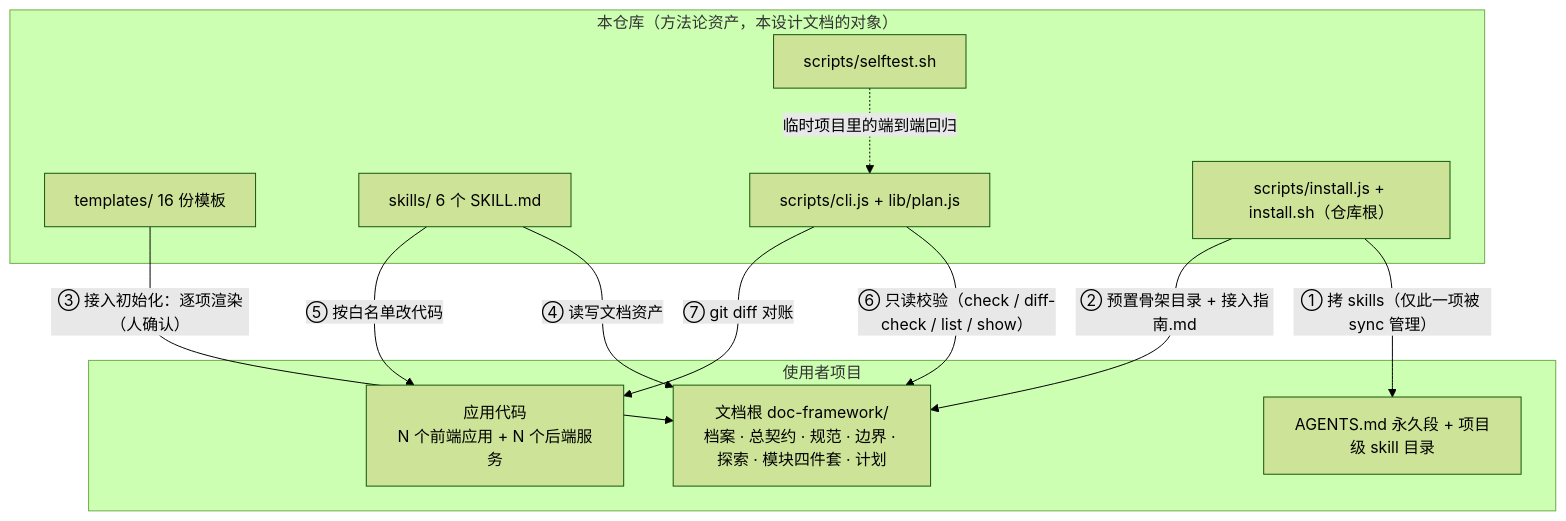
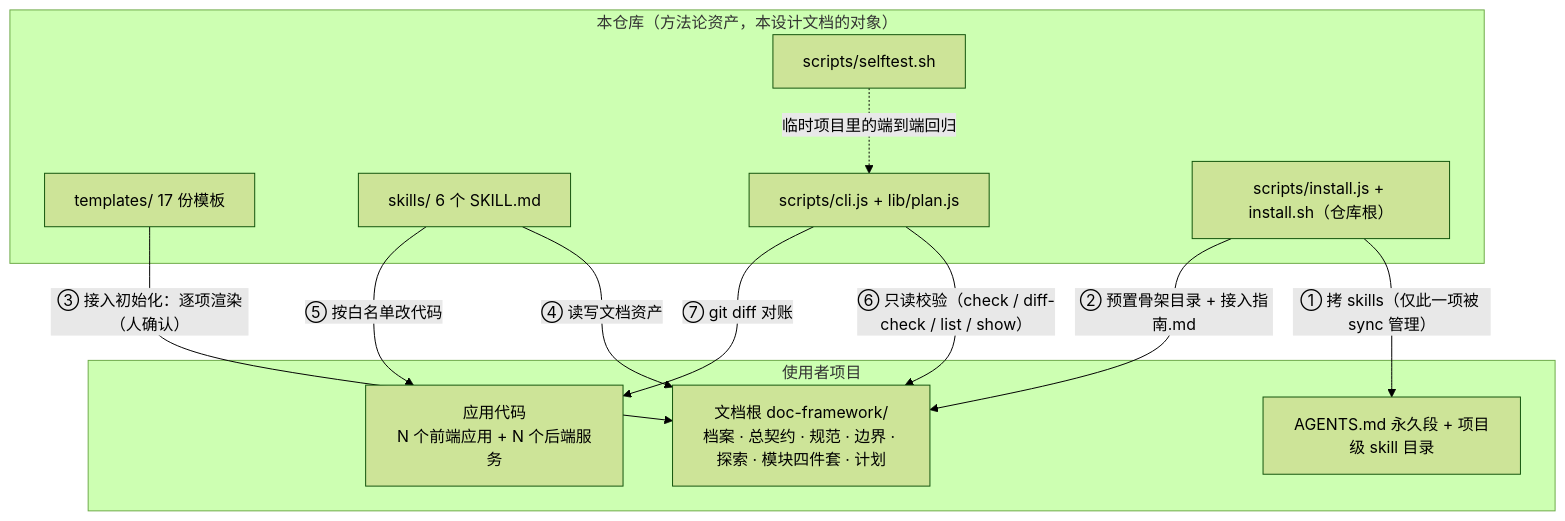
The first of 3 diagrams in docs/设计文档.md (knight-peter/doc-framework), drawn with Mermaid (forest theme) before and after one commit. The commit also changed other lines of this file and 17 other files, not shown here.

````diff
--- a/docs/设计文档.md
+++ b/docs/设计文档.md
@@ -39,23 +39,23 @@
 ```mermaid
 flowchart TB
     subgraph REPO["本仓库（方法论资产，本设计文档的对象）"]
-        TPL["templates/ 16 份模板"]
+        TPL["templates/ 17 份模板"]
         SKL["skills/ 6 个 SKILL.md"]
         CLI["scripts/cli.js + lib/plan.js"]
         INS["scripts/install.js + install.sh（仓库根）"]
         ST["scripts/selftest.sh"]
     end
     subgraph PROJ["使用者项目"]
         DOC["文档根 doc-framework/<br/>档案 · 总契约 · 规范 · 边界 · 探索 · 模块四件套 · 计划"]
         CODE["应用代码<br/>N 个前端应用 + N 个后端服务"]
         AG["AGENTS.md 永久段 + 项目级 skill 目录"]
     end
     INS -->|"① 拷 skills（仅此一项被 sync 管理）"| AG
     INS -->|"② 预置骨架目录 + 接入指南.md"| DOC
     TPL -->|"③ 接入初始化：逐项渲染（人确认）"| DOC
     SKL -->|"④ 读写文档资产"| DOC
     SKL -->|"⑤ 按白名单改代码"| CODE
     CLI -->|"⑥ 只读校验（check / diff-check / list / show）"| DOC
     CLI -->|"⑦ git diff 对账"| CODE
     ST -.->|"临时项目里的端到端回归"| CLI
 ```
````
